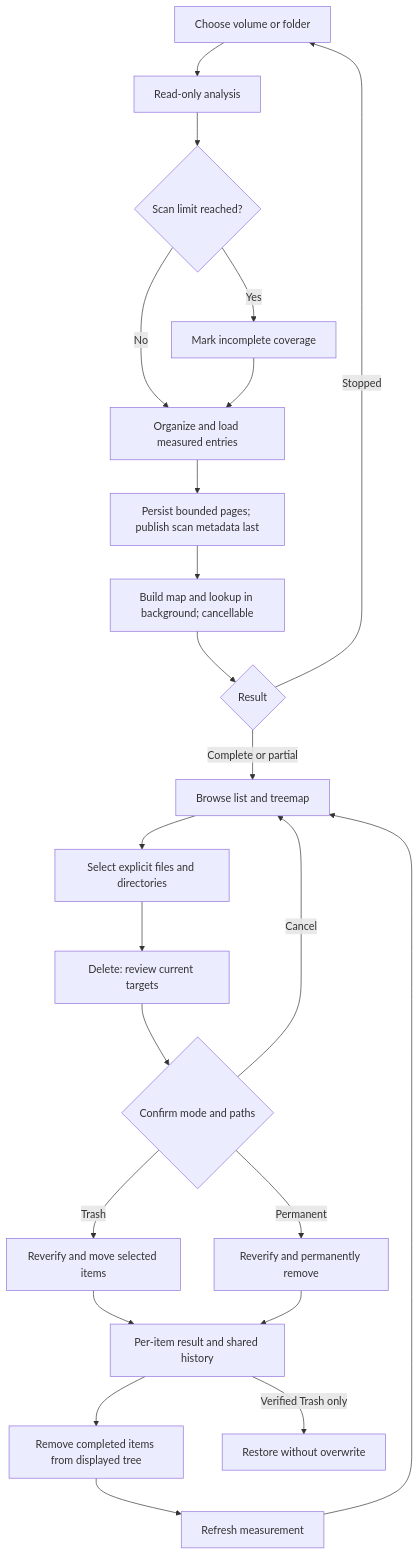
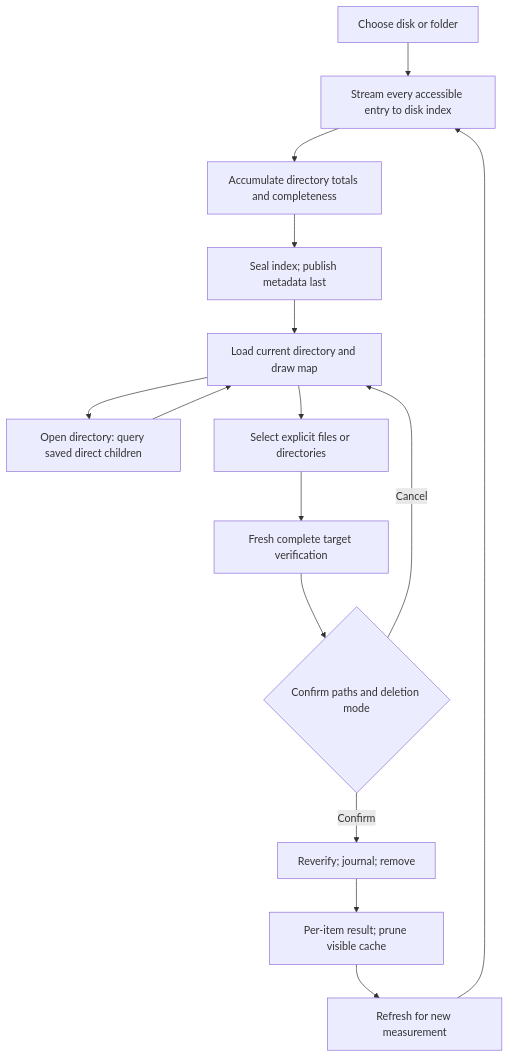
One commit to limecloud/shou changed the second of 5 diagrams in docs/product/space-analysis.md. Above: the diagram before and after it, drawn with Mermaid. The commit also changed other lines of this file and 117 other files, not shown here.

````diff
--- a/docs/product/space-analysis.md
+++ b/docs/product/space-analysis.md
@@ -36,25 +37,17 @@
 ```mermaid
 flowchart TD
-  A[Choose volume or folder] --> B[Read-only analysis]
-  B --> Limit{Scan limit reached?}
-  Limit -->|Yes| Partial[Mark incomplete coverage]
-  Limit -->|No| Prepare[Organize and load measured entries]
-  Partial --> Prepare
-  Prepare --> Save[Persist bounded pages; publish scan metadata last]
-  Save --> Index[Build map and lookup in background; cancellable]
-  Index --> C{Result}
-  C -->|Complete or partial| D[Browse list and treemap]
-  C -->|Stopped| A
-  D --> E[Select explicit files and directories]
-  E --> F[Delete: review current targets]
-  F --> G{Confirm mode and paths}
-  G -->|Cancel| D
-  G -->|Trash| H[Reverify and move selected items]
-  G -->|Permanent| I[Reverify and permanently remove]
-  H --> J[Per-item result and shared history]
-  I --> J
-  J --> K[Remove completed items from displayed tree]
-  K --> L[Refresh measurement]
-  L --> D
-  J -->|Verified Trash only| M[Restore without overwrite]
+  A[Choose disk or folder] --> B[Stream every accessible entry to disk index]
+  B --> C[Accumulate directory totals and completeness]
+  C --> D[Seal index; publish metadata last]
+  D --> E[Load current directory and draw map]
+  E --> F[Open directory: query saved direct children]
+  F --> E
+  E --> G[Select explicit files or directories]
+  G --> H[Fresh complete target verification]
+  H --> I{Confirm paths and deletion mode}
+  I -->|Cancel| E
+  I -->|Confirm| J[Reverify; journal; remove]
+  J --> K[Per-item result; prune visible cache]
+  K --> L[Refresh for new measurement]
+  L --> B
 ```
````
